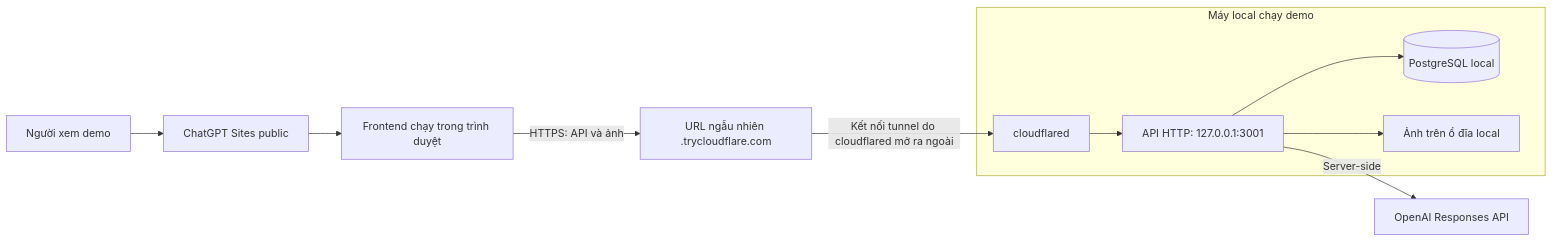
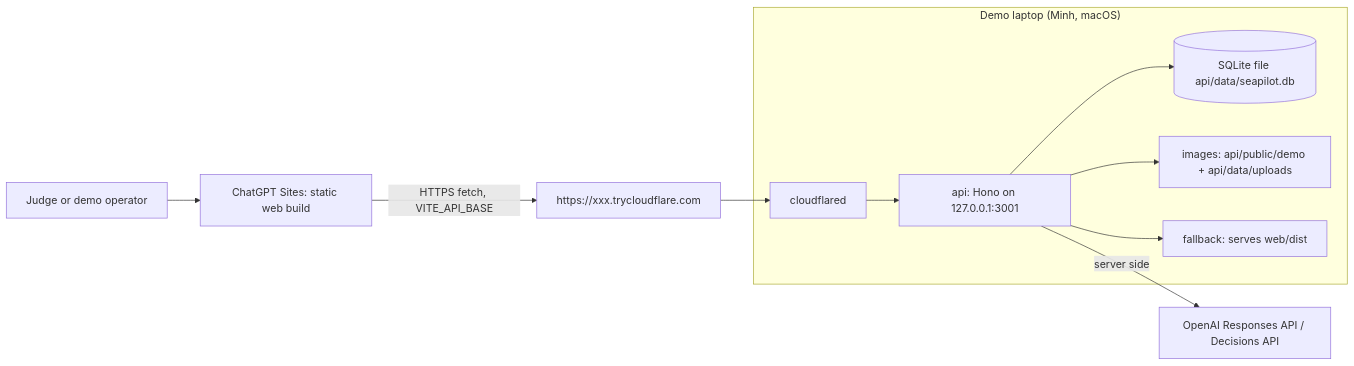
Before and after one commit to Phonghigh/seaLion-codex-hackthon-sea-openai: the diagram in docs/Architecture.md, drawn with Mermaid. The commit also changed other lines of this file and 17 other files, not shown here.

First line of the commit message:
docs(PLAN01): lock stack and topology, demo runbook, build tasks with owners

````diff
--- a/docs/Architecture.md
+++ b/docs/Architecture.md
@@ -9,17 +7,13 @@
 ```mermaid
 flowchart LR
-    Visitor[Người xem demo] --> Site[ChatGPT Sites public]
-    Site --> Browser[Frontend chạy trong trình duyệt]
-    Browser -->|HTTPS: API và ảnh| Edge[URL ngẫu nhiên .trycloudflare.com]
-    subgraph Local[Máy local chạy demo]
-        Tunnel[cloudflared]
-        API[API HTTP: 127.0.0.1:3001]
-        DB[(PostgreSQL local)]
-        Disk[Ảnh trên ổ đĩa local]
-        Tunnel --> API
-        API --> DB
-        API --> Disk
+    Judge[Judge or demo operator] --> Site[ChatGPT Sites: static web build]
+    Site -->|HTTPS fetch, VITE_API_BASE| Edge[https://xxx.trycloudflare.com]
+    subgraph Mac["Demo laptop (Minh, macOS)"]
+        Tunnel[cloudflared] --> API[api: Hono on 127.0.0.1:3001]
+        API --> DB[(SQLite file api/data/seapilot.db)]
+        API --> Files[images: api/public/demo + api/data/uploads]
+        API --> Dist[fallback: serves web/dist]
     end
-    Edge -->|Kết nối tunnel do cloudflared mở ra ngoài| Tunnel
-    API -->|Server-side| OpenAI[OpenAI Responses API]
+    Edge --> Tunnel
+    API -->|server side| OpenAI[OpenAI Responses API / Decisions API]
 ```
````
